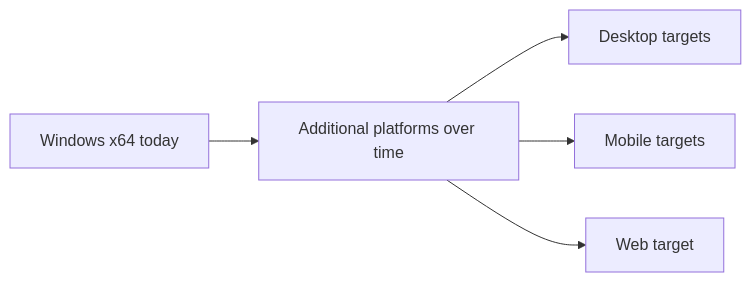
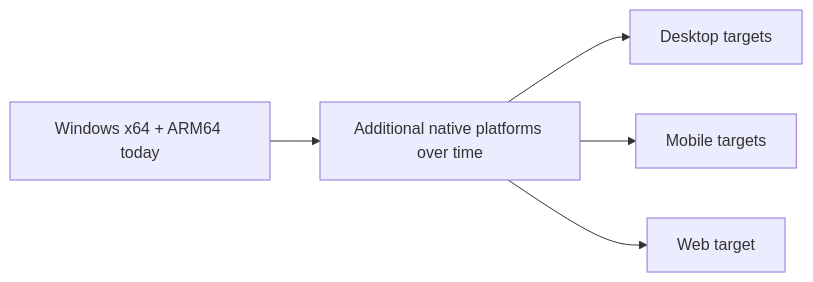
Before and after one commit to jihadkhawaja/AssemblyEngine: the diagram in docs/project-goals.md, drawn with Mermaid. The commit also changed other lines of this file and 49 other files, not shown here.

````diff
--- a/docs/project-goals.md
+++ b/docs/project-goals.md
@@ -28,7 +28,7 @@
 ```mermaid
 flowchart LR
-    Today[Windows x64 today] --> Next[Additional platforms over time]
+    Today[Windows x64 + ARM64 today] --> Next[Additional native platforms over time]
     Next --> Desktop[Desktop targets]
     Next --> Mobile[Mobile targets]
     Next --> Web[Web target]
 ```
````
